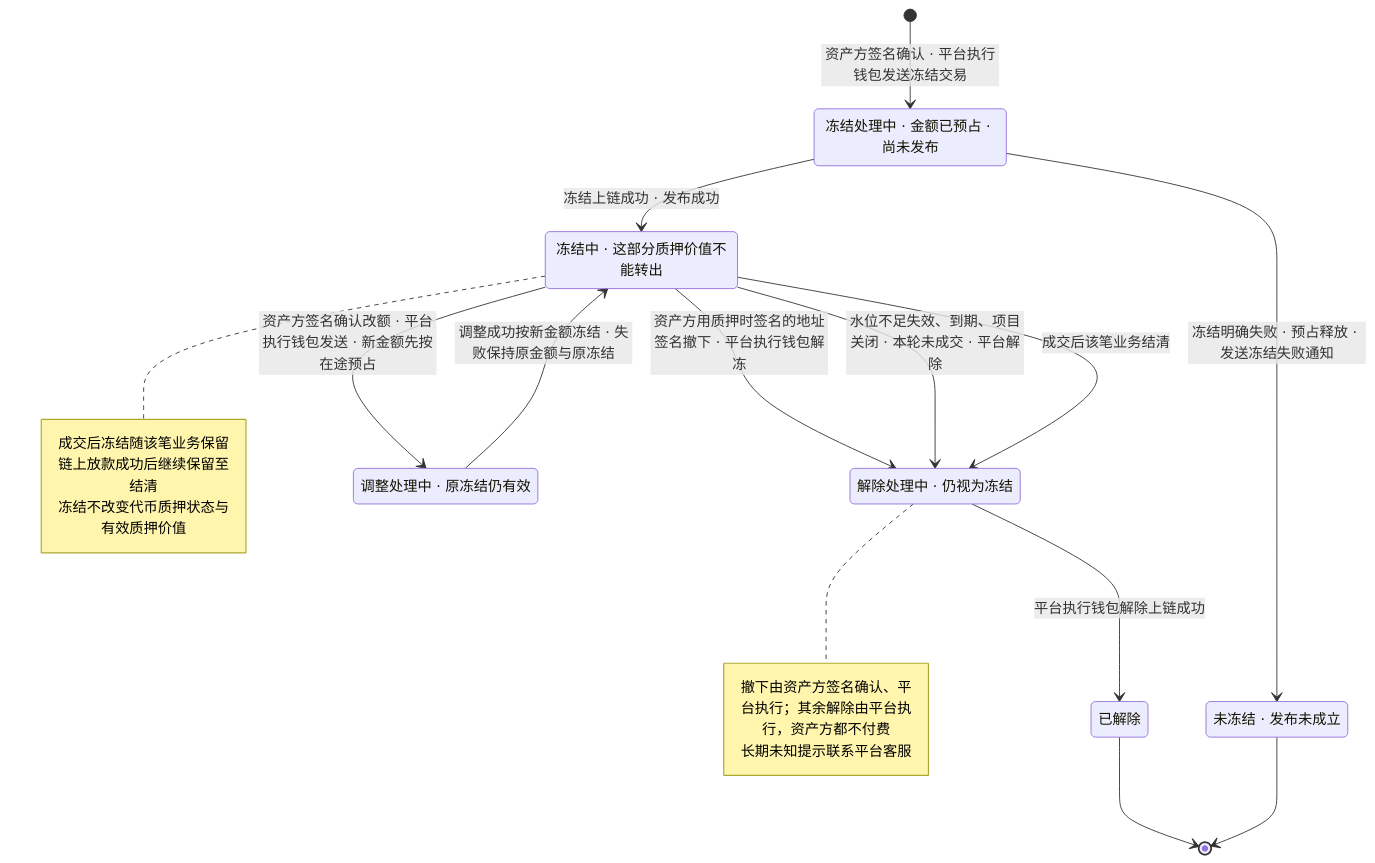
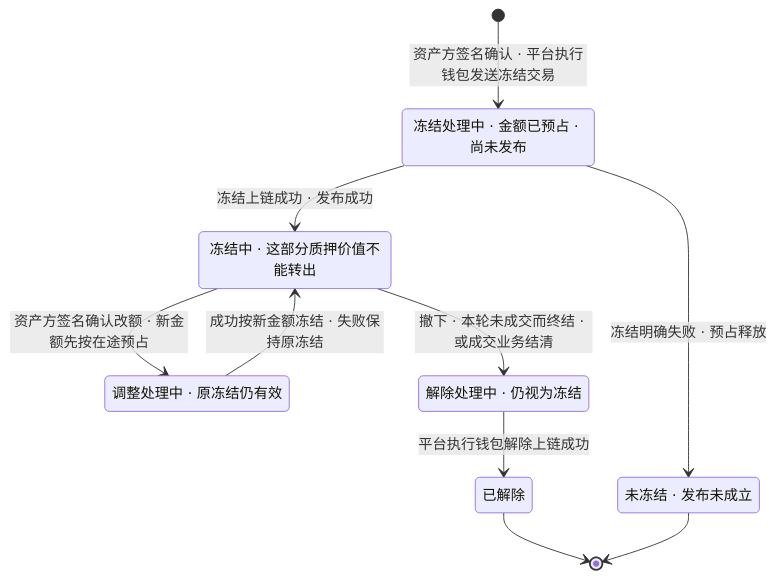
One commit to wxblockchain/Chain-Financing changed the tenth of 10 diagrams in lending-platform/PRD/面客端/05-借贷广场-融资需求与代币质押/02-融资需求与代币质押-流程图与状态机.md. Above: the diagram before and after it, drawn with Mermaid. The commit also changed other lines of this file, not shown here.

First line of the commit message:
prd(WS-446): make state machines render in every Mermaid version

````diff
--- a/lending-platform/PRD/面客端/05-借贷广场-融资需求与代币质押/02-融资需求与代币质押-流程图与状态机.md
+++ b/lending-platform/PRD/面客端/05-借贷广场-融资需求与代币质押/02-融资需求与代币质押-流程图与状态机.md
@@ -321,29 +301,18 @@
 ```mermaid
 stateDiagram-v2
   F0: 冻结处理中 · 金额已预占 · 尚未发布
+  FX: 未冻结 · 发布未成立
   F1: 冻结中 · 这部分质押价值不能转出
+  FA: 调整处理中 · 原冻结仍有效
   F2: 解除处理中 · 仍视为冻结
   F3: 已解除
-  FA: 调整处理中 · 原冻结仍有效
-  FX: 未冻结 · 发布未成立
   [*] --> F0: 资产方签名确认 · 平台执行钱包发送冻结交易
   F0 --> F1: 冻结上链成功 · 发布成功
-  F0 --> FX: 冻结明确失败 · 预占释放 · 发送冻结失败通知
-  F1 --> FA: 资产方签名确认改额 · 平台执行钱包发送 · 新金额先按在途预占
-  FA --> F1: 调整成功按新金额冻结 · 失败保持原金额与原冻结
-  F1 --> F2: 资产方用质押时签名的地址签名撤下 · 平台执行钱包解冻
-  F1 --> F2: 水位不足失效、到期、项目关闭 · 本轮未成交 · 平台解除
-  F1 --> F2: 成交后该笔业务结清
+  F0 --> FX: 冻结明确失败 · 预占释放
+  F1 --> FA: 资产方签名确认改额 · 新金额先按在途预占
+  FA --> F1: 成功按新金额冻结 · 失败保持原冻结
+  F1 --> F2: 撤下 · 本轮未成交而终结 · 或成交业务结清
   F2 --> F3: 平台执行钱包解除上链成功
   F3 --> [*]
   FX --> [*]
-  note right of F1
-    成交后冻结随该笔业务保留
-    链上放款成功后继续保留至结清
-    冻结不改变代币质押状态与有效质押价值
-  end note
-  note right of F2
-    撤下由资产方签名确认、平台执行；其余解除由平台执行，资产方都不付费
-    长期未知提示联系平台客服
-  end note
 ```
````
